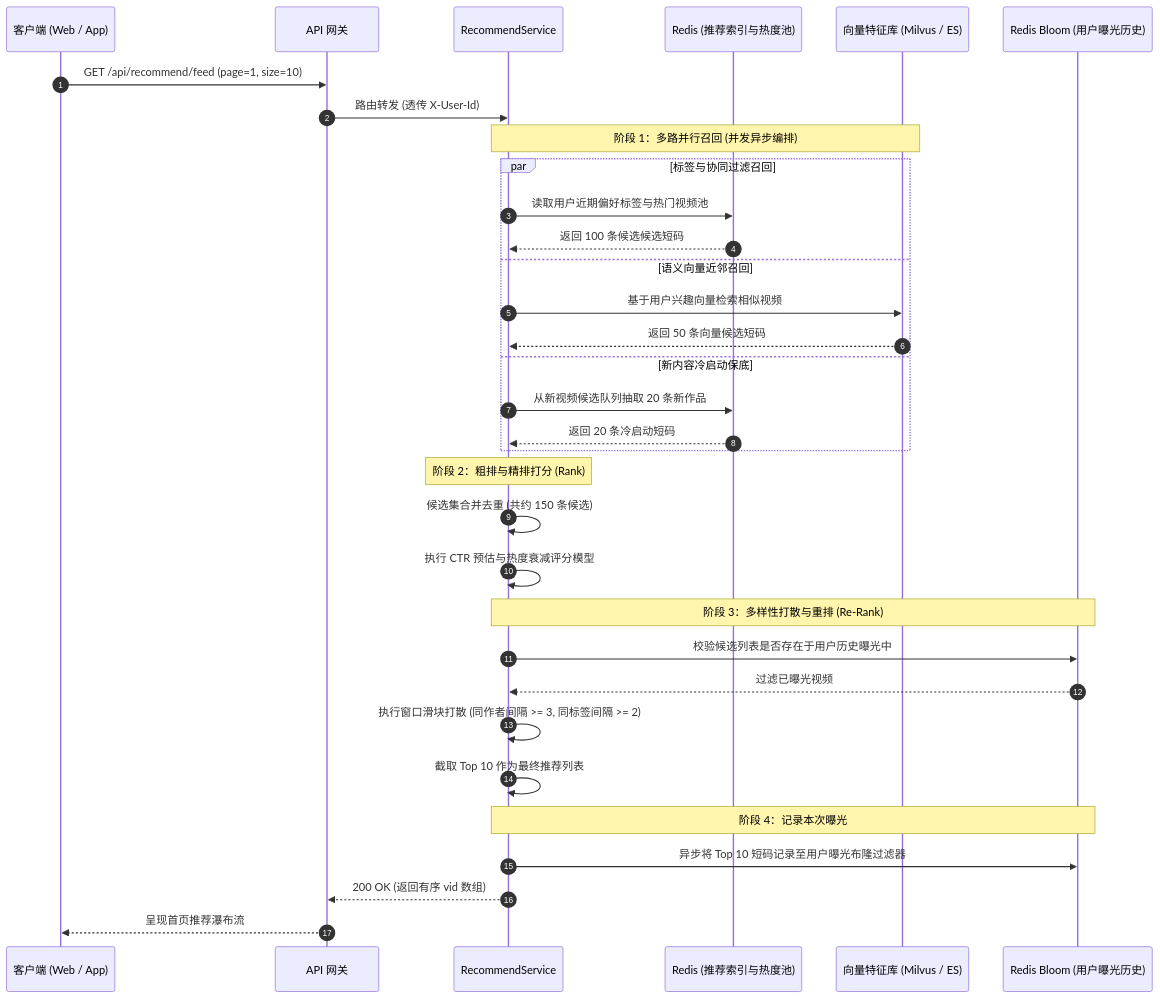
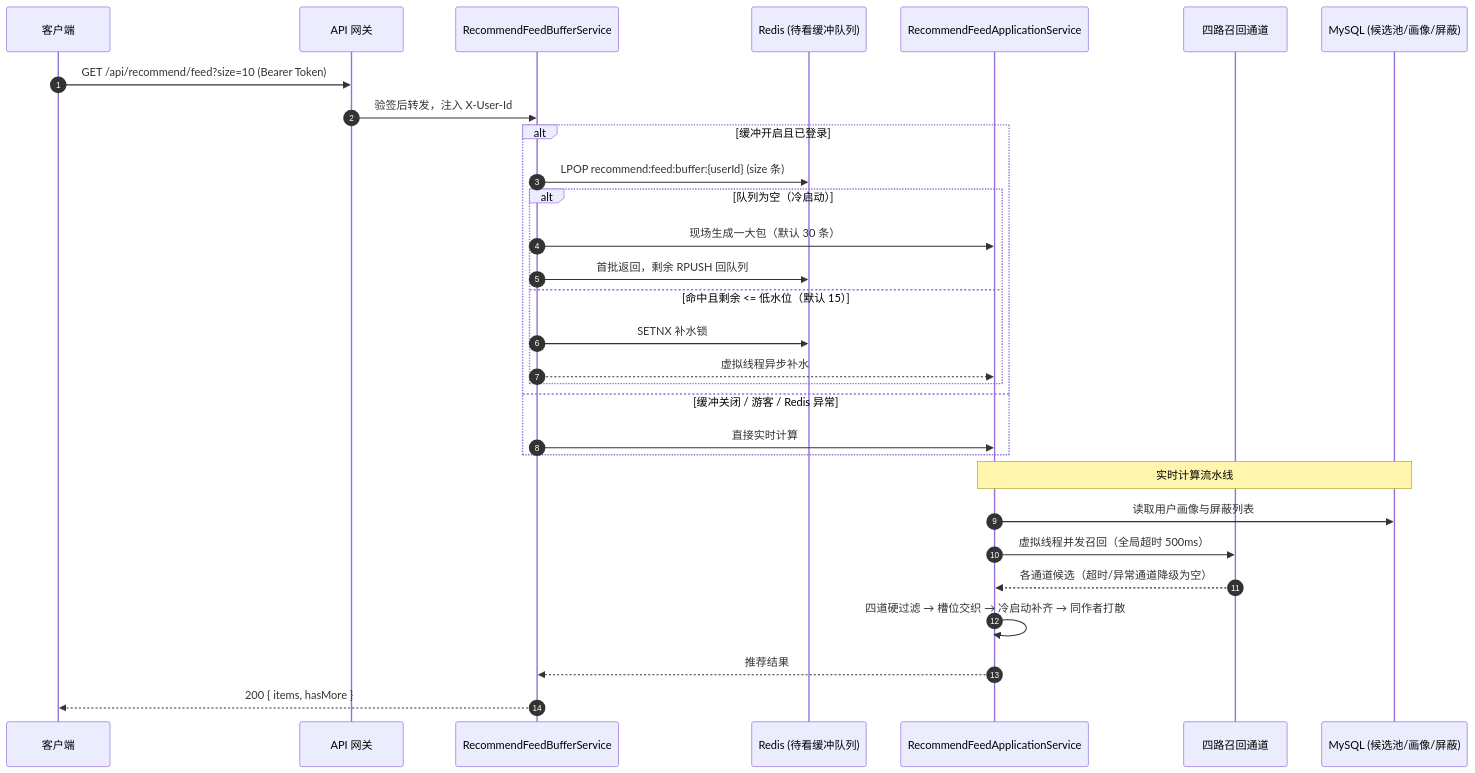
Before and after one commit to fank-c/media-platform-rebuild: the first of 2 diagrams in docs/modules/recommend.md, drawn with Mermaid. The commit also changed other lines of this file and 4 other files, not shown here.

````diff
--- a/docs/modules/recommend.md
+++ b/docs/modules/recommend.md
@@ -37,40 +35,35 @@
 ```mermaid
 sequenceDiagram
     autonumber
-    participant Client as 客户端 (Web / App)
+    participant Client as 客户端
     participant Gateway as API 网关
-    participant RS as RecommendService
-    participant Redis as Redis (推荐索引与热度池)
-    participant VectorDB as 向量特征库 (Milvus / ES)
-    participant Bloom as Redis Bloom (用户曝光历史)
+    participant Buffer as RecommendFeedBufferService
+    participant Redis as Redis (待看缓冲队列)
+    participant Feed as RecommendFeedApplicationService
+    participant Channels as 四路召回通道
+    participant DB as MySQL (候选池/画像/屏蔽)
 
-    Client->>Gateway: GET /api/recommend/feed (page=1, size=10)
-    Gateway->>RS: 路由转发 (透传 X-User-Id)
+    Client->>Gateway: GET /api/recommend/feed?size=10 (Bearer Token)
+    Gateway->>Buffer: 验签后转发，注入 X-User-Id
 
-    Note over RS,VectorDB: 阶段 1：多路并行召回 (并发异步编排)
-    par 标签与协同过滤召回
-        RS->>Redis: 读取用户近期偏好标签与热门视频池
-        Redis-->>RS: 返回 100 条候选候选短码
-    and 语义向量近邻召回
-        RS->>VectorDB: 基于用户兴趣向量检索相似视频
-        VectorDB-->>RS: 返回 50 条向量候选短码
-    and 新内容冷启动保底
-        RS->>Redis: 从新视频候选队列抽取 20 条新作品
-        Redis-->>RS: 返回 20 条冷启动短码
+    alt 缓冲开启且已登录
+        Buffer->>Redis: LPOP recommend:feed:buffer:{userId} (size 条)
+        alt 队列为空（冷启动）
+            Buffer->>Feed: 现场生成一大包（默认 30 条）
+            Buffer->>Redis: 首批返回，剩余 RPUSH 回队列
+        else 命中且剩余 <= 低水位（默认 15）
+            Buffer->>Redis: SETNX 补水锁
+            Buffer-->>Feed: 虚拟线程异步补水
+        end
+    else 缓冲关闭 / 游客 / Redis 异常
+        Buffer->>Feed: 直接实时计算
     end
 
-    Note over RS: 阶段 2：粗排与精排打分 (Rank)
-    RS->>RS: 候选集合并去重 (共约 150 条候选)
-    RS->>RS: 执行 CTR 预估与热度衰减评分模型
-
-    Note over RS,Bloom: 阶段 3：多样性打散与重排 (Re-Rank)
-    RS->>Bloom: 校验候选列表是否存在于用户历史曝光中
-    Bloom-->>RS: 过滤已曝光视频
-    RS->>RS: 执行窗口滑块打散 (同作者间隔 >= 3, 同标签间隔 >= 2)
-    RS->>RS: 截取 Top 10 作为最终推荐列表
-
-    Note over RS,Bloom: 阶段 4：记录本次曝光
-    RS->>Bloom: 异步将 Top 10 短码记录至用户曝光布隆过滤器
-    RS-->>Gateway: 200 OK (返回有序 vid 数组)
-    Gateway-->>Client: 呈现首页推荐瀑布流
+    Note over Feed,DB: 实时计算流水线
+    Feed->>DB: 读取用户画像与屏蔽列表
+    Feed->>Channels: 虚拟线程并发召回（全局超时 500ms）
+    Channels-->>Feed: 各通道候选（超时/异常通道降级为空）
+    Feed->>Feed: 四道硬过滤 → 槽位交织 → 冷启动补齐 → 同作者打散
+    Feed-->>Buffer: 推荐结果
+    Buffer-->>Client: 200 { items, hasMore }
 ```
````
